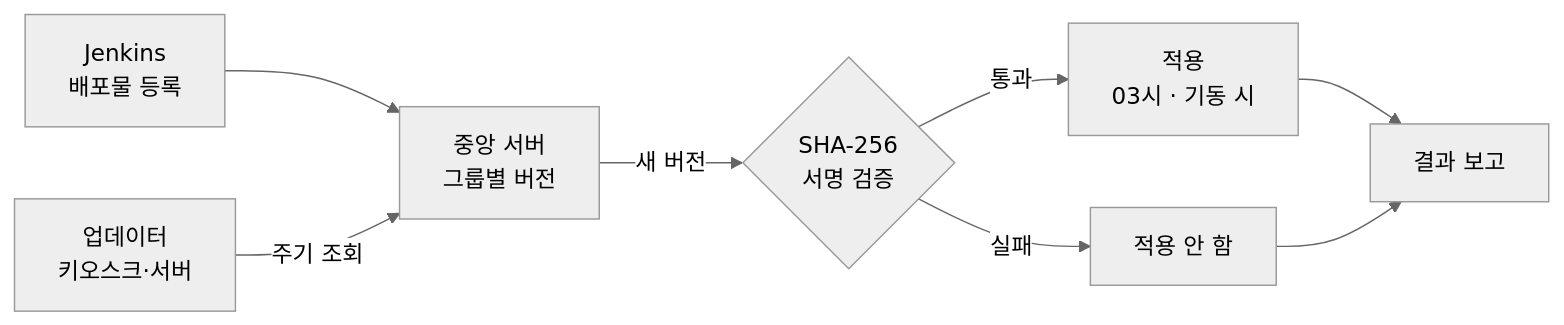
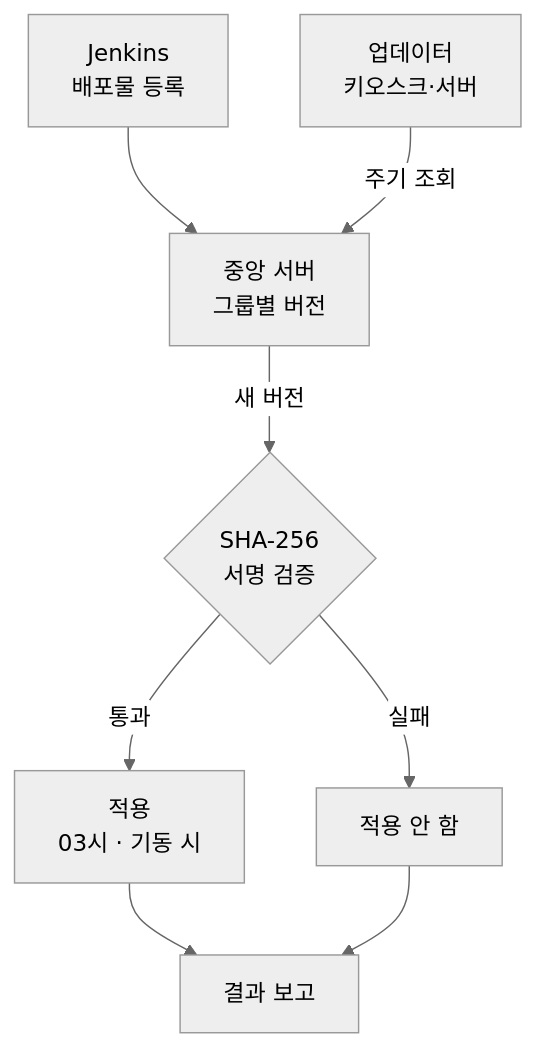
One commit to panorama713/career-portfolio changed the diagram in projects/03-bookmate.md. Above: the diagram before and after it, drawn with Mermaid (neutral theme).

Commit message:
Lay out Bookmate patch flow top-down for larger text

````diff
--- a/projects/03-bookmate.md
+++ b/projects/03-bookmate.md
@@ -6,10 +6,10 @@
 ```mermaid
-flowchart LR
+flowchart TD
     Jenkins["Jenkins<br/>배포물 등록"] --> Server["중앙 서버<br/>그룹별 버전"]
     Updater["업데이터<br/>키오스크·서버"] -->|주기 조회| Server
     Server -->|새 버전| Verify{"SHA-256<br/>서명 검증"}
     Verify -->|통과| Apply["적용<br/>03시 · 기동 시"]
     Verify -->|실패| Skip["적용 안 함"]
     Apply --> Report["결과 보고"]
     Skip --> Report
 ```
````
